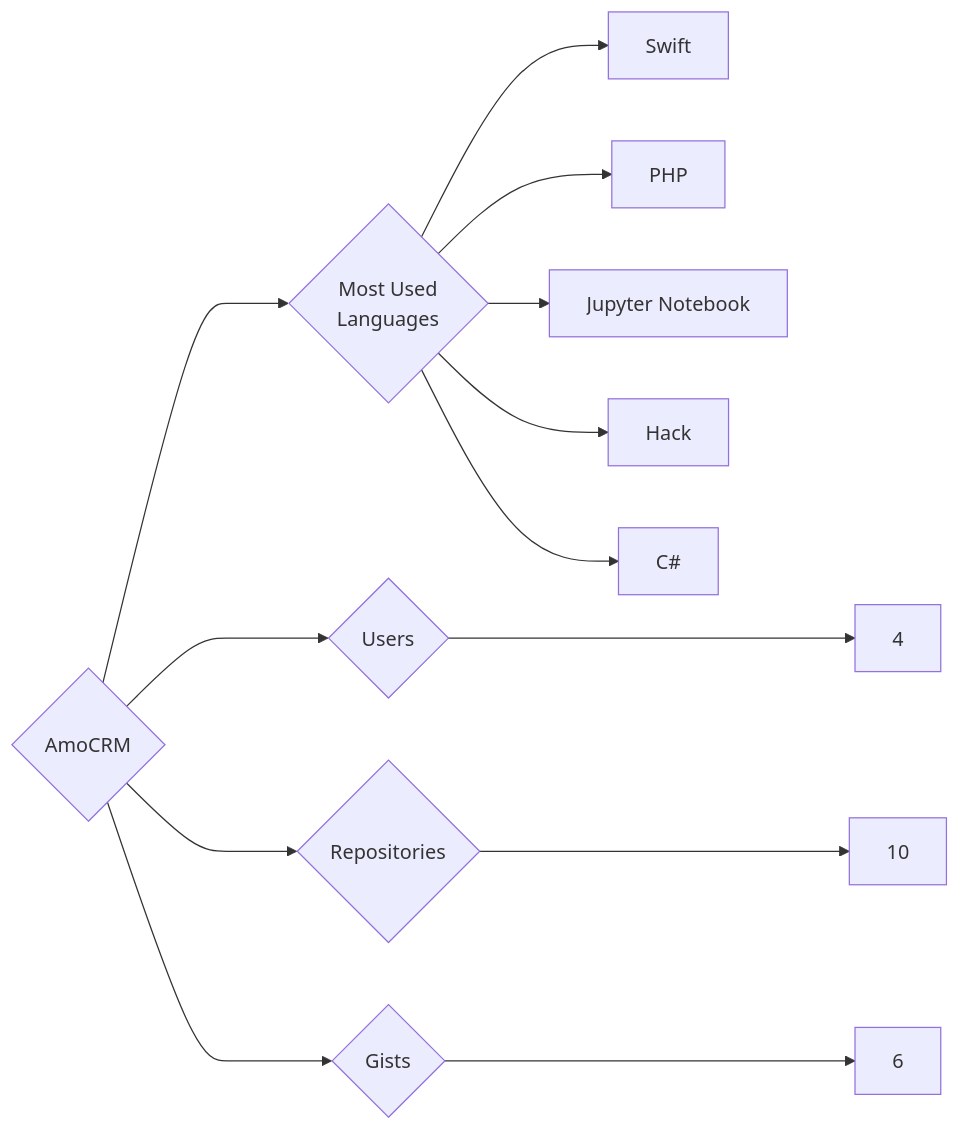
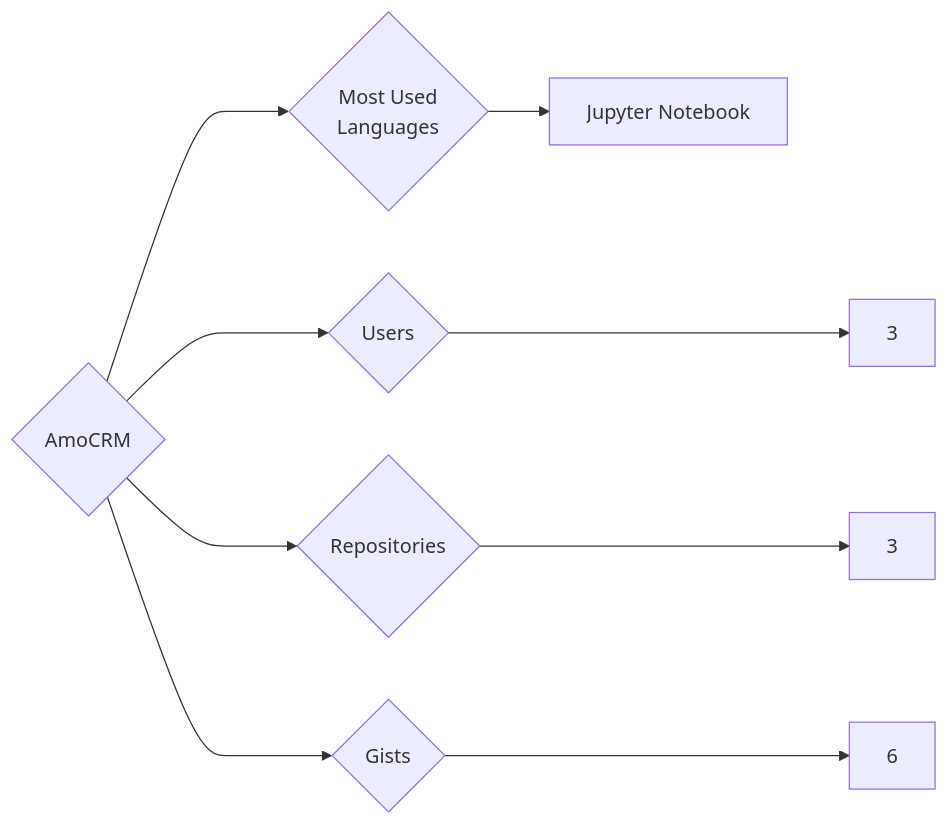
One commit to trickest/insiders changed the diagram in targets/AmoCRM/README.md. Above: the diagram before and after it, drawn with Mermaid. The commit also changed 1123 other files, not shown here.

````diff
--- a/targets/AmoCRM/README.md
+++ b/targets/AmoCRM/README.md
@@ -3,13 +3,9 @@
 ```mermaid
 graph LR
 COMPANY_NAME{AmoCRM}
-COMPANY_NAME ---> U{Users} ---> UN[4]
-COMPANY_NAME ---> R{Repositories} ---> RN[10]
+COMPANY_NAME ---> U{Users} ---> UN[3]
+COMPANY_NAME ---> R{Repositories} ---> RN[3]
 COMPANY_NAME ---> G{Gists} ---> GN[6]
 COMPANY_NAME ---> ML{Most Used<br>Languages}
-ML --> Swift[Swift]
-ML --> PHP[PHP]
 ML --> Jupyter_Notebook[Jupyter Notebook]
-ML --> Hack[Hack]
-ML --> C#[C#]
 ```
````
